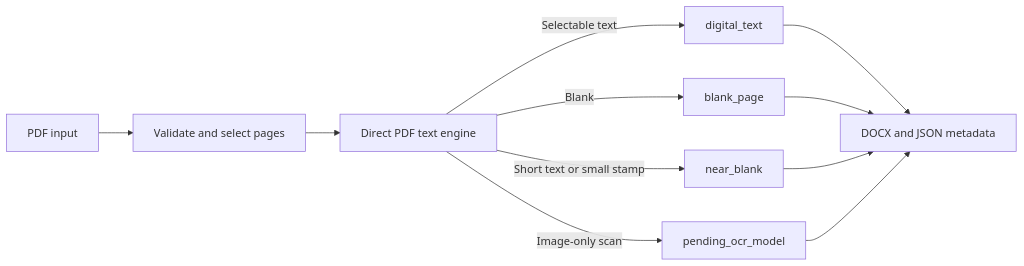
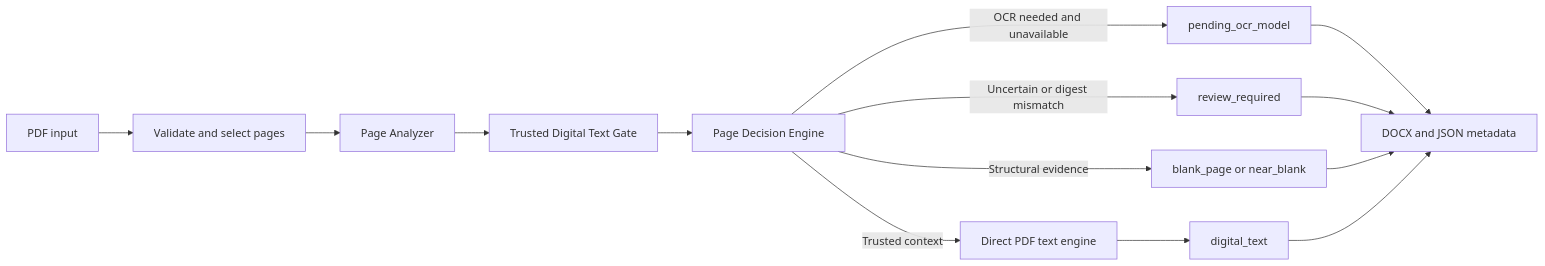
The diagram in README.md (sahrasayed3-crypto/clouda-ocr), drawn with Mermaid before and after one commit. The commit also changed other lines of this file and 4 other files, not shown here.

Commit message:
docs: document trusted PDF text routing

````diff
--- a/README.md
+++ b/README.md
@@ -30,13 +30,16 @@
 ```mermaid
 flowchart LR
     A[PDF input] --> B[Validate and select pages]
-    B --> C[Direct PDF text engine]
-    C -->|Selectable text| D[digital_text]
-    C -->|Blank| E[blank_page]
-    C -->|Short text or small stamp| F[near_blank]
-    C -->|Image-only scan| G[pending_ocr_model]
-    D --> H[DOCX and JSON metadata]
-    E --> H
-    F --> H
-    G --> H
+    B --> C[Page Analyzer]
+    C --> D[Trusted Digital Text Gate]
+    D --> E[Page Decision Engine]
+    E -->|Trusted context| F[Direct PDF text engine]
+    E -->|OCR needed and unavailable| G[pending_ocr_model]
+    E -->|Uncertain or digest mismatch| H[review_required]
+    E -->|Structural evidence| I[blank_page or near_blank]
+    F --> J[digital_text]
+    G --> K[DOCX and JSON metadata]
+    H --> K
+    I --> K
+    J --> K
 ```
````
